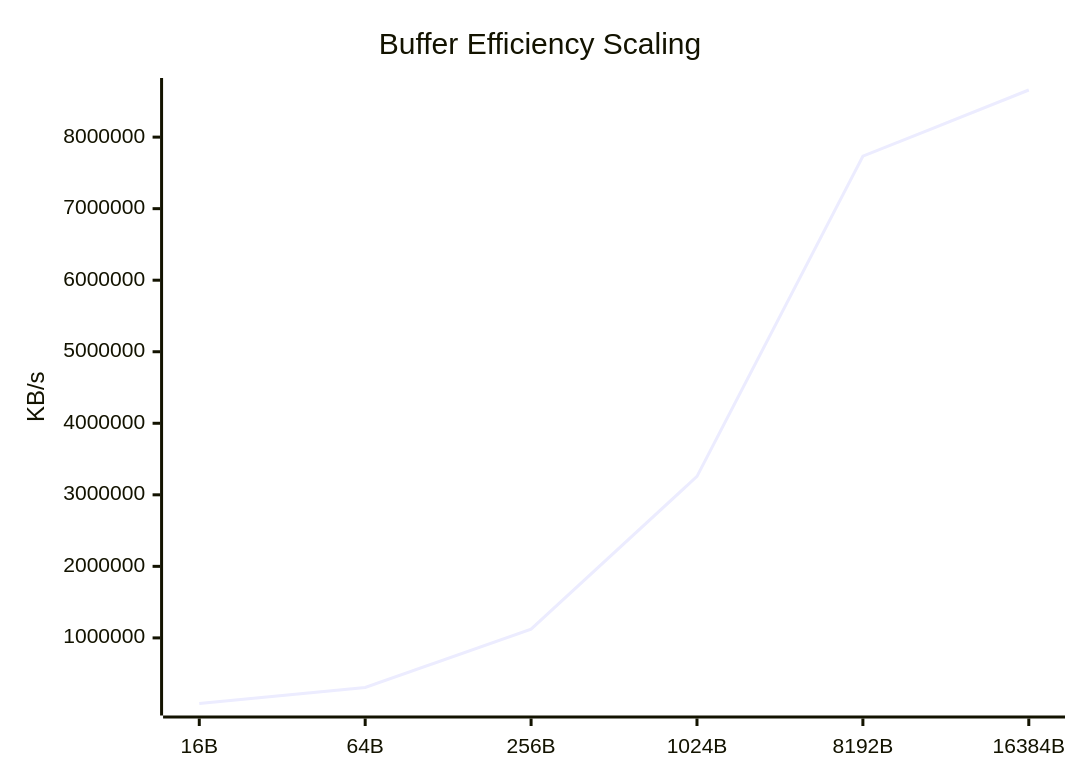
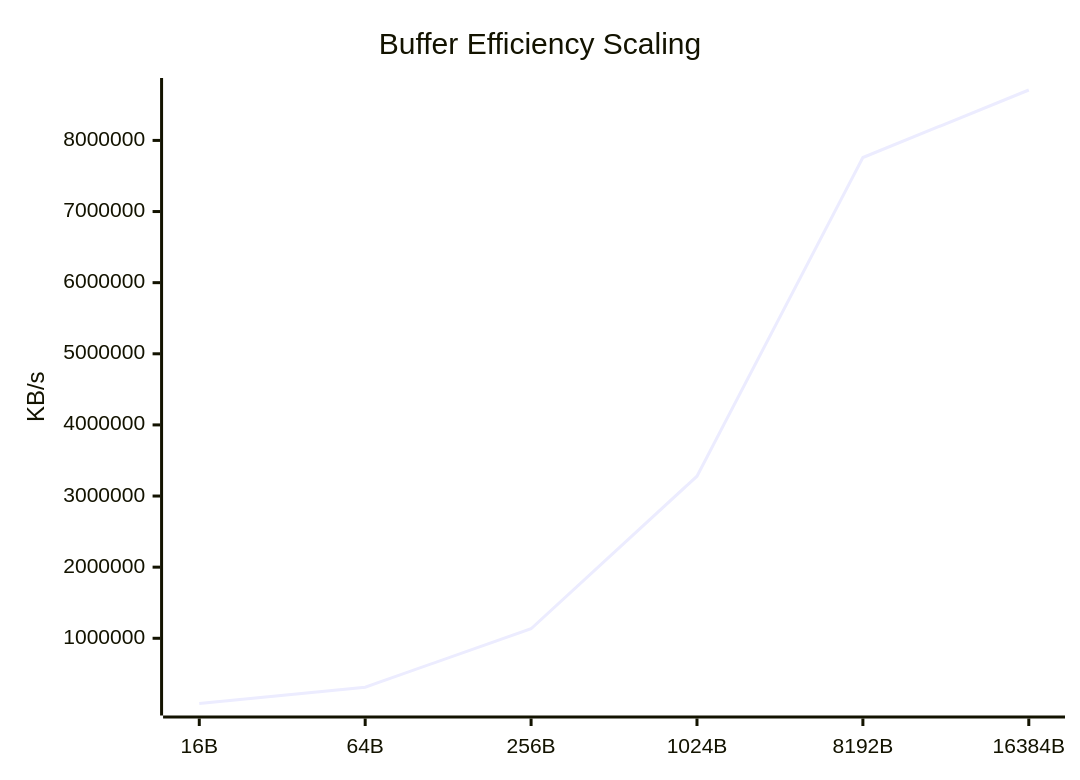
One commit to taha2samy/openssl_fips changed the sixth of 9 diagrams in docs/Comparison_Report.md. Above: the diagram before and after it, drawn with Mermaid. The commit also changed other lines of this file and 3 other files, not shown here.

````diff
--- a/docs/Comparison_Report.md
+++ b/docs/Comparison_Report.md
@@ -102,7 +102,7 @@
 ```mermaid
 xychart-beta
     title "Buffer Efficiency Scaling"
     x-axis [16B, 64B, 256B, 1024B, 8192B, 16384B]
     y-axis "KB/s"
-    line [82922.53, 306751.46, 1121507.2, 3257143.3, 7733370.88, 8658706.43]
+    line [83042.67, 312648.22, 1134314.88, 3278534.66, 7759163.39, 8708849.66]
 ```
````
